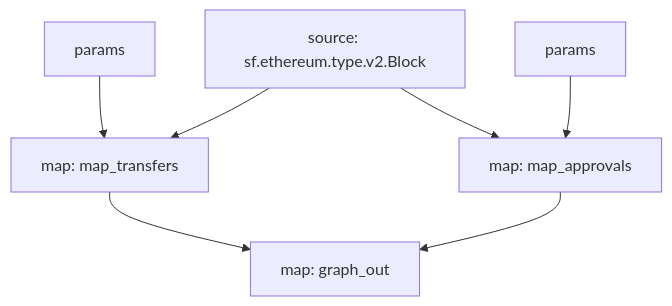
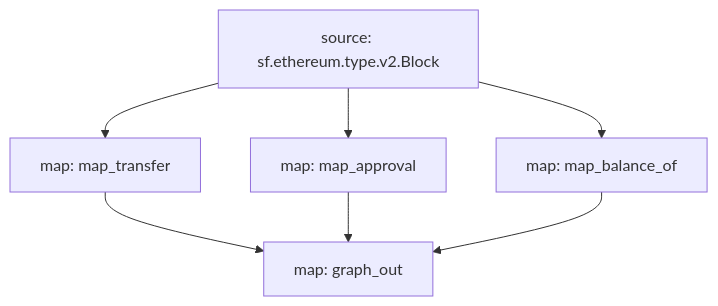
One commit to pinax-network/substreams-cookbook changed the diagram in erc20/README.md. Above: the diagram before and after it, drawn with Mermaid. The commit also changed other lines of this file and 5 other files, not shown here.

````diff
--- a/erc20/README.md
+++ b/erc20/README.md
@@ -32,12 +33,13 @@
 ```mermaid
 graph TD;
-  map_transfers[map: map_transfers];
-  map_transfers:params[params] --> map_transfers;
-  sf.ethereum.type.v2.Block[source: sf.ethereum.type.v2.Block] --> map_transfers;
-  map_approvals[map: map_approvals];
-  map_approvals:params[params] --> map_approvals;
-  sf.ethereum.type.v2.Block[source: sf.ethereum.type.v2.Block] --> map_approvals;
+  map_transfer[map: map_transfer];
+  sf.ethereum.type.v2.Block[source: sf.ethereum.type.v2.Block] --> map_transfer;
+  map_approval[map: map_approval];
+  sf.ethereum.type.v2.Block[source: sf.ethereum.type.v2.Block] --> map_approval;
+  map_balance_of[map: map_balance_of];
+  sf.ethereum.type.v2.Block[source: sf.ethereum.type.v2.Block] --> map_balance_of;
   graph_out[map: graph_out];
-  map_transfers --> graph_out;
-  map_approvals --> graph_out;
+  map_transfer --> graph_out;
+  map_approval --> graph_out;
+  map_balance_of --> graph_out;
 ```
````
